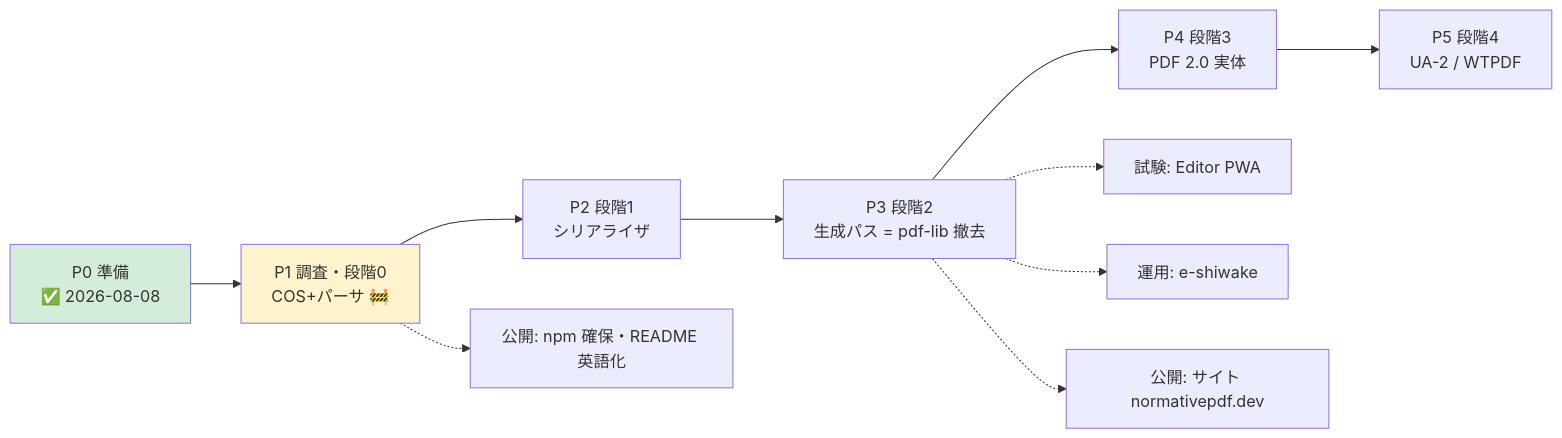
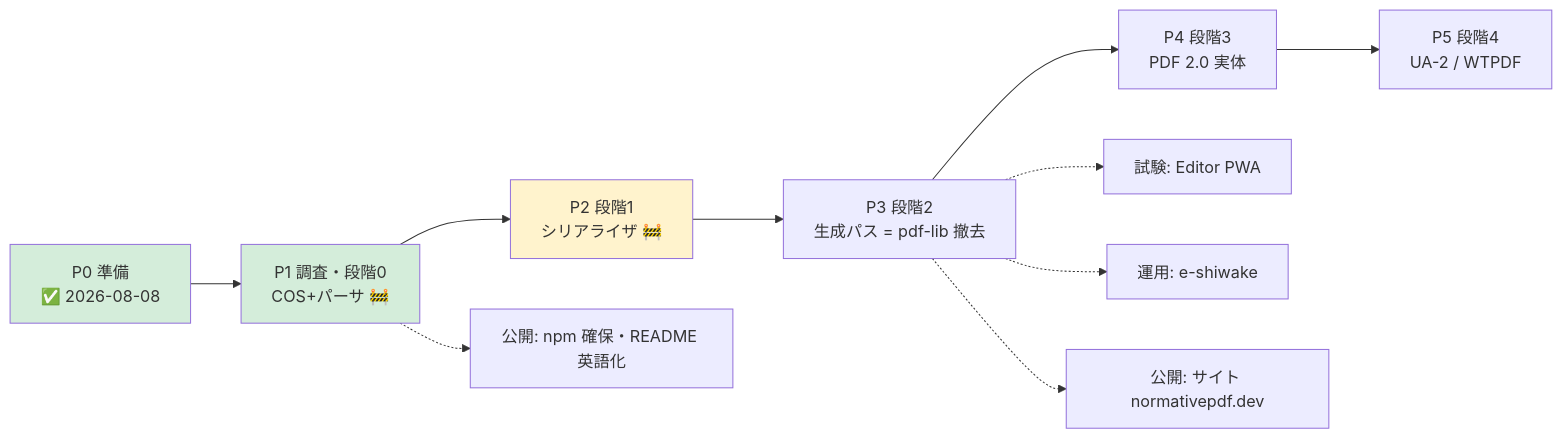
One commit to shuji-bonji/normativepdf changed the diagram in docs/ROADMAP.md. Above: the diagram before and after it, drawn with Mermaid. The commit also changed other lines of this file and 8 other files, not shown here.

````diff
--- a/docs/ROADMAP.md
+++ b/docs/ROADMAP.md
@@ -8,14 +8,15 @@
 ```mermaid
 flowchart LR
     P0["P0 準備<br/>✅ 2026-08-08"] --> P1["P1 調査・段階0<br/>COS+パーサ 🚧"]
-    P1 --> P2["P2 段階1<br/>シリアライザ"]
+    P1 --> P2["P2 段階1<br/>シリアライザ 🚧"]
     P2 --> P3["P3 段階2<br/>生成パス = pdf-lib 撤去"]
     P3 --> P4["P4 段階3<br/>PDF 2.0 実体"]
     P4 --> P5["P5 段階4<br/>UA-2 / WTPDF"]
     P3 -.-> T1["試験: Editor PWA"]
     P3 -.-> T2["運用: e-shiwake"]
     P1 -.-> R1["公開: npm 確保・README 英語化"]
     P3 -.-> R2["公開: サイト normativepdf.dev"]
     style P0 fill:#d4edda
-    style P1 fill:#fff3cd
+    style P1 fill:#d4edda
+    style P2 fill:#fff3cd
 ```
````
